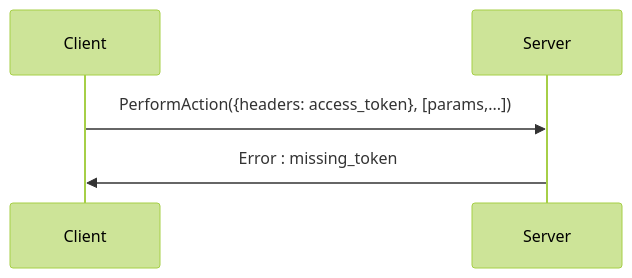
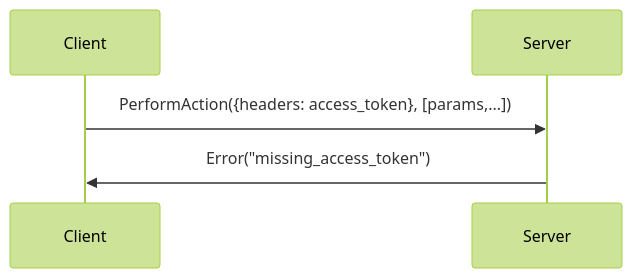
One commit to adimian/kova changed diagram 11 of 11 in kova/authentication/docs.md. Above: the diagram before and after it, drawn with Mermaid (forest theme). The commit also changed other lines of this file and 33 other files, not shown here.

````diff
--- a/kova/authentication/docs.md
+++ b/kova/authentication/docs.md
@@ -102,5 +113,5 @@
 ```mermaid
 sequenceDiagram
     Client ->> Server: PerformAction({headers: access_token}, [params,...])
-    Server ->> Client: Error : missing_token
+    Server ->> Client: Error("missing_access_token")
 ```
````
